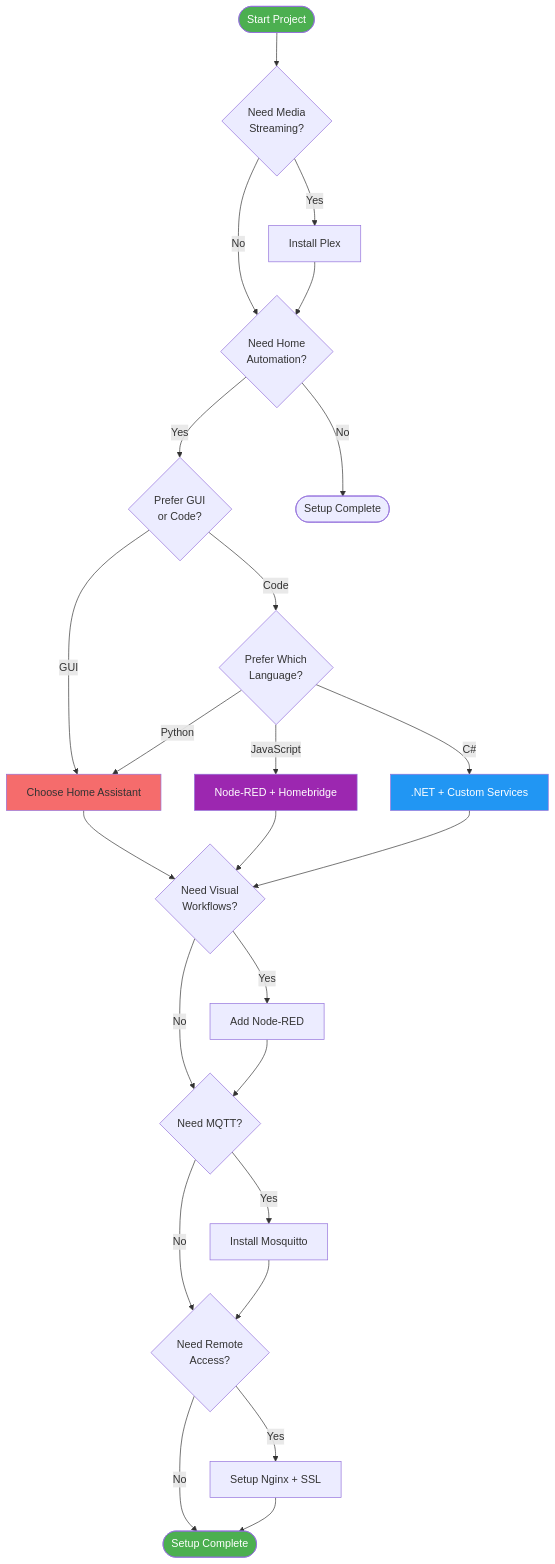
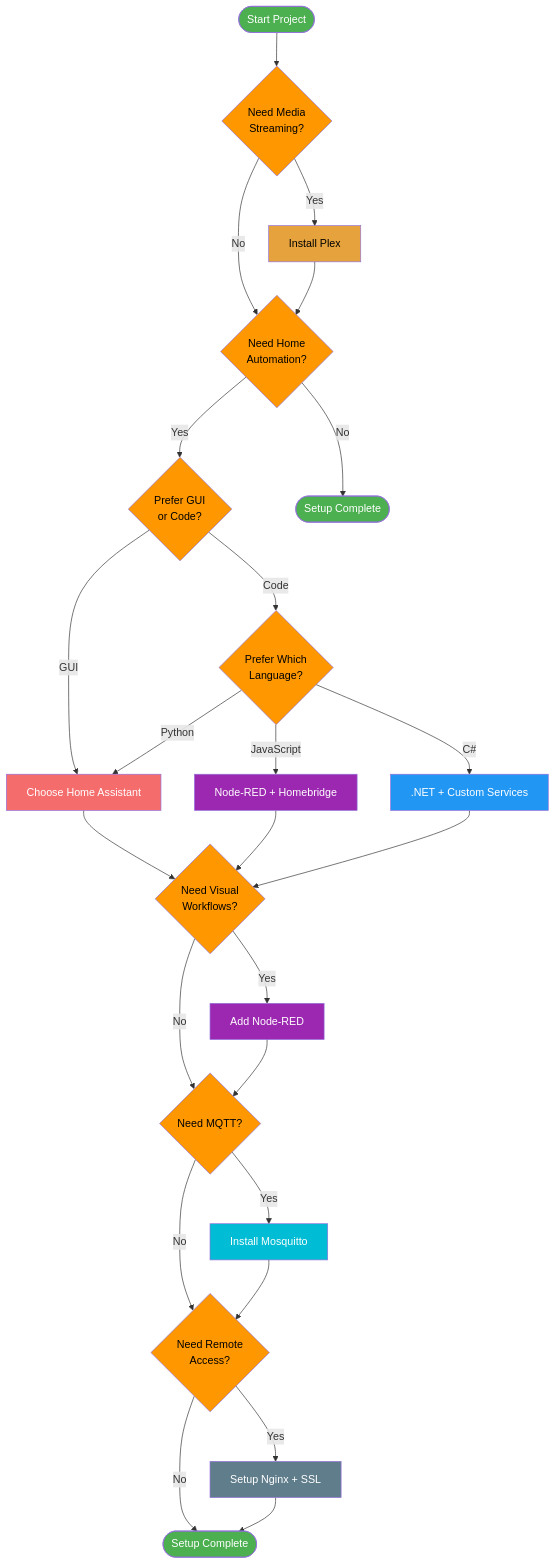
Before and after one commit to nicolassnider/home_media_automation: the seventh of 8 diagrams in diagrams/quick-reference.md, drawn with Mermaid. The commit also changed other lines of this file and 19 other files, not shown here.

````diff
--- a/diagrams/quick-reference.md
+++ b/diagrams/quick-reference.md
@@ -201,44 +257,69 @@
 ```mermaid
 flowchart TD
     START([Start Project]) --> Q1{Need Media<br/>Streaming?}
 
+
     Q1 -->|Yes| PLEX_YES[Install Plex]
     Q1 -->|No| Q2
 
+
     PLEX_YES --> Q2{Need Home<br/>Automation?}
+
 
     Q2 -->|Yes| Q3{Prefer GUI<br/>or Code?}
     Q2 -->|No| END1([Setup Complete])
 
+
     Q3 -->|GUI| HA_CHOICE[Choose Home Assistant]
     Q3 -->|Code| LANG{Prefer Which<br/>Language?}
+
 
     LANG -->|JavaScript| NODE_CHOICE[Node-RED + Homebridge]
     LANG -->|C#| DOTNET_CHOICE[.NET + Custom Services]
     LANG -->|Python| HA_CHOICE
 
+
     HA_CHOICE --> Q4{Need Visual<br/>Workflows?}
     NODE_CHOICE --> Q4
     DOTNET_CHOICE --> Q4
 
+
     Q4 -->|Yes| ADD_NR[Add Node-RED]
     Q4 -->|No| Q5
 
+
     ADD_NR --> Q5{Need MQTT?}
+
 
     Q5 -->|Yes| ADD_MQTT[Install Mosquitto]
     Q5 -->|No| Q6
 
+
     ADD_MQTT --> Q6{Need Remote<br/>Access?}
+
 
     Q6 -->|Yes| ADD_PROXY[Setup Nginx + SSL]
     Q6 -->|No| END2([Setup Complete])
 
+
     ADD_PROXY --> END2
 
+
     style START fill:#4caf50,color:#fff
-    style HA_CHOICE fill:#f56c6c
+    style HA_CHOICE fill:#f56c6c,color:#fff
     style NODE_CHOICE fill:#9c27b0,color:#fff
     style DOTNET_CHOICE fill:#2196f3,color:#fff
+    style END1 fill:#4caf50,color:#fff
     style END2 fill:#4caf50,color:#fff
+    style PLEX_YES fill:#e6a23c,color:#000
+    style ADD_NR fill:#9c27b0,color:#fff
+    style ADD_MQTT fill:#00bcd4,color:#fff
+    style ADD_PROXY fill:#607d8b,color:#fff
+    style Q1 fill:#ff9800,color:#000
+    style Q2 fill:#ff9800,color:#000
+    style Q3 fill:#ff9800,color:#000
+    style Q4 fill:#ff9800,color:#000
+    style Q5 fill:#ff9800,color:#000
+    style Q6 fill:#ff9800,color:#000
+    style LANG fill:#ff9800,color:#000
 ```
````
